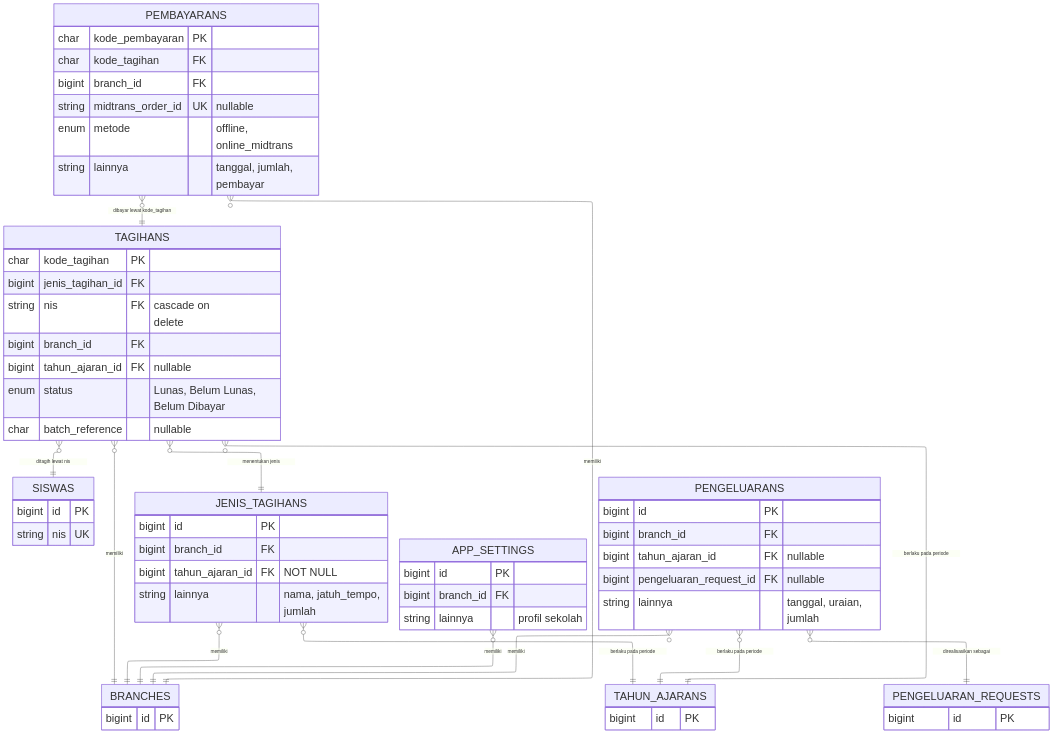
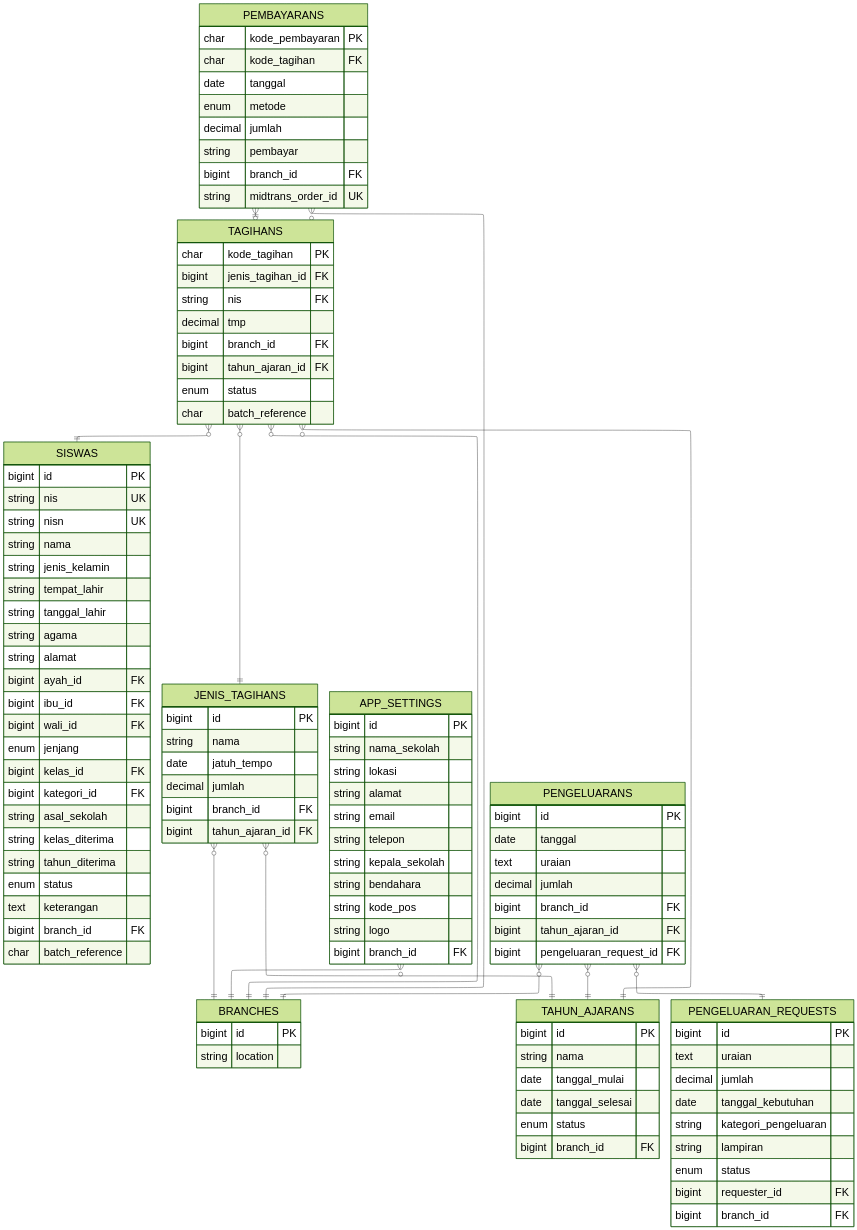
One commit to Fathurrahman-R/Manajemen-Keuangan-dan-SPP-Handayani changed the diagram in document/aset-laporan/mermaid-erd/transaksi-keuangan.mmd. Above: the diagram before and after it, drawn with Mermaid. The commit also changed 14 other files, not shown here.

First line of the commit message:
Rapikan diagram ERD mermaid: hapus label relasi dan komentar atribut, lengkapi kolom tabel yang disingkat

```diff
--- a/document/aset-laporan/mermaid-erd/transaksi-keuangan.mmd
+++ b/document/aset-laporan/mermaid-erd/transaksi-keuangan.mmd
@@ -1,70 +1,120 @@
 %%{
     init: {
+        'theme': 'forest',
         'layout': 'elk',
         'themeVariables': {'fontSize': '32px'},
         'themeCSS': '.edgeLabel, .edgeLabel p { font-size: 32px !important; }'
     }
 }%%
 erDiagram
     direction BT
     BRANCHES {
         bigint id PK
+        string location
     }
     SISWAS {
         bigint id PK
         string nis UK
+        string nisn UK
+        string nama
+        string jenis_kelamin
+        string tempat_lahir
+        string tanggal_lahir
+        string agama
+        string alamat
+        bigint ayah_id FK
+        bigint ibu_id FK
+        bigint wali_id FK
+        enum jenjang
+        bigint kelas_id FK
+        bigint kategori_id FK
+        string asal_sekolah
+        string kelas_diterima
+        string tahun_diterima
+        enum status
+        text keterangan
+        bigint branch_id FK
+        char batch_reference
     }
     JENIS_TAGIHANS {
         bigint id PK
+        string nama
+        date jatuh_tempo
+        decimal jumlah
         bigint branch_id FK
-        bigint tahun_ajaran_id FK "NOT NULL"
-        string lainnya "nama, jatuh_tempo, jumlah"
+        bigint tahun_ajaran_id FK
     }
     TAGIHANS {
         char kode_tagihan PK
         bigint jenis_tagihan_id FK
-        string nis FK "cascade on delete"
+        string nis FK
+        decimal tmp
         bigint branch_id FK
-        bigint tahun_ajaran_id FK "nullable"
-        enum status "Lunas, Belum Lunas, Belum Dibayar"
-        char batch_reference "nullable"
+        bigint tahun_ajaran_id FK
+        enum status
+        char batch_reference
     }
     PEMBAYARANS {
         char kode_pembayaran PK
         char kode_tagihan FK
+        date tanggal
+        enum metode
+        decimal jumlah
+        string pembayar
         bigint branch_id FK
-        string midtrans_order_id UK "nullable"
-        enum metode "offline, online_midtrans"
-        string lainnya "tanggal, jumlah, pembayar"
+        string midtrans_order_id UK
     }
     APP_SETTINGS {
         bigint id PK
+        string nama_sekolah
+        string lokasi
+        string alamat
+        string email
+        string telepon
+        string kepala_sekolah
+        string bendahara
+        string kode_pos
+        string logo
         bigint branch_id FK
-        string lainnya "profil sekolah"
     }
     PENGELUARANS {
         bigint id PK
+        date tanggal
+        text uraian
+        decimal jumlah
         bigint branch_id FK
-        bigint tahun_ajaran_id FK "nullable"
-        bigint pengeluaran_request_id FK "nullable"
-        string lainnya "tanggal, uraian, jumlah"
+        bigint tahun_ajaran_id FK
+        bigint pengeluaran_request_id FK
     }
     TAHUN_AJARANS {
         bigint id PK
+        string nama
+        date tanggal_mulai
+        date tanggal_selesai
+        enum status
+        bigint branch_id FK
     }
     PENGELUARAN_REQUESTS {
         bigint id PK
+        text uraian
+        decimal jumlah
+        date tanggal_kebutuhan
+        string kategori_pengeluaran
+        string lampiran
+        enum status
+        bigint requester_id FK
+        bigint branch_id FK
     }
 
-    BRANCHES ||--o{ JENIS_TAGIHANS : "memiliki"
-    BRANCHES ||--o{ APP_SETTINGS : "memiliki"
-    BRANCHES ||--o{ PEMBAYARANS : "memiliki"
-    BRANCHES ||--o{ PENGELUARANS : "memiliki"
-    BRANCHES ||--o{ TAGIHANS : "memiliki"
-    SISWAS ||--o{ TAGIHANS : "ditagih lewat nis"
-    JENIS_TAGIHANS ||--o{ TAGIHANS : "menentukan jenis"
-    TAGIHANS ||--o{ PEMBAYARANS : "dibayar lewat kode_tagihan"
-    TAHUN_AJARANS ||--o{ JENIS_TAGIHANS : "berlaku pada periode"
-    TAHUN_AJARANS ||--o{ TAGIHANS : "berlaku pada periode"
-    TAHUN_AJARANS ||--o{ PENGELUARANS : "berlaku pada periode"
-    PENGELUARAN_REQUESTS ||--o{ PENGELUARANS : "direalisasikan sebagai"
+    BRANCHES ||--o{ JENIS_TAGIHANS : ""
+    BRANCHES ||--o{ APP_SETTINGS : ""
+    BRANCHES ||--o{ PEMBAYARANS : ""
+    BRANCHES ||--o{ PENGELUARANS : ""
+    BRANCHES ||--o{ TAGIHANS : ""
+    SISWAS ||--o{ TAGIHANS : ""
+    JENIS_TAGIHANS ||--o{ TAGIHANS : ""
+    TAGIHANS ||--o{ PEMBAYARANS : ""
+    TAHUN_AJARANS ||--o{ JENIS_TAGIHANS : ""
+    TAHUN_AJARANS ||--o{ TAGIHANS : ""
+    TAHUN_AJARANS ||--o{ PENGELUARANS : ""
+    PENGELUARAN_REQUESTS ||--o{ PENGELUARANS : ""
```
